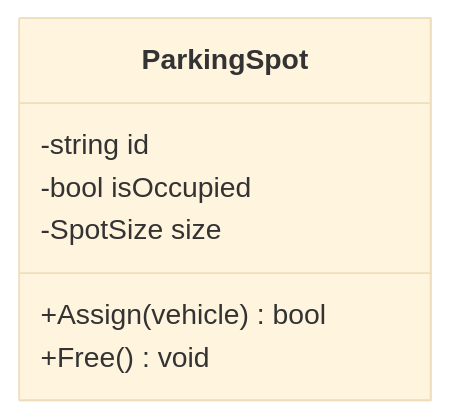
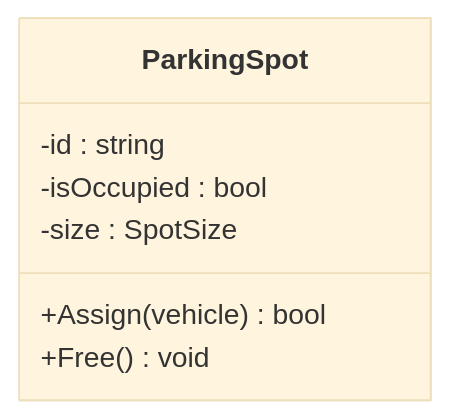
Before and after one commit to tushardongre1990/LLD-Claude: the first of 11 diagrams in 00-Foundations/02-UML-Object-Oriented-Design/notes.md, drawn with Mermaid (base theme). The commit also changed 1 other file, not shown here.

Commit message:
docs(02-UML): fix ParkingSpot diagram to match visibility name:type rule
Mermaid only auto-formats method signatures (paren + return type gets
a rendered colon); attribute text is printed verbatim after the
visibility symbol. The source had `-string id` (type-first), which
rendered without a colon and contradicted the "visibility name: type"
convention stated three lines above it. Verified via a throwaway
mermaid render that `-id : string` renders literally as written.

- notes.md: reorder ParkingSpot attributes to `-id : string` etc.

````diff
--- a/00-Foundations/02-UML-Object-Oriented-Design/notes.md
+++ b/00-Foundations/02-UML-Object-Oriented-Design/notes.md
@@ -26,10 +26,10 @@
 ```mermaid
 classDiagram
     class ParkingSpot {
-        -string id
-        -bool isOccupied
-        -SpotSize size
+        -id : string
+        -isOccupied : bool
+        -size : SpotSize
         +Assign(vehicle) bool
         +Free() void
     }
 ```
````
